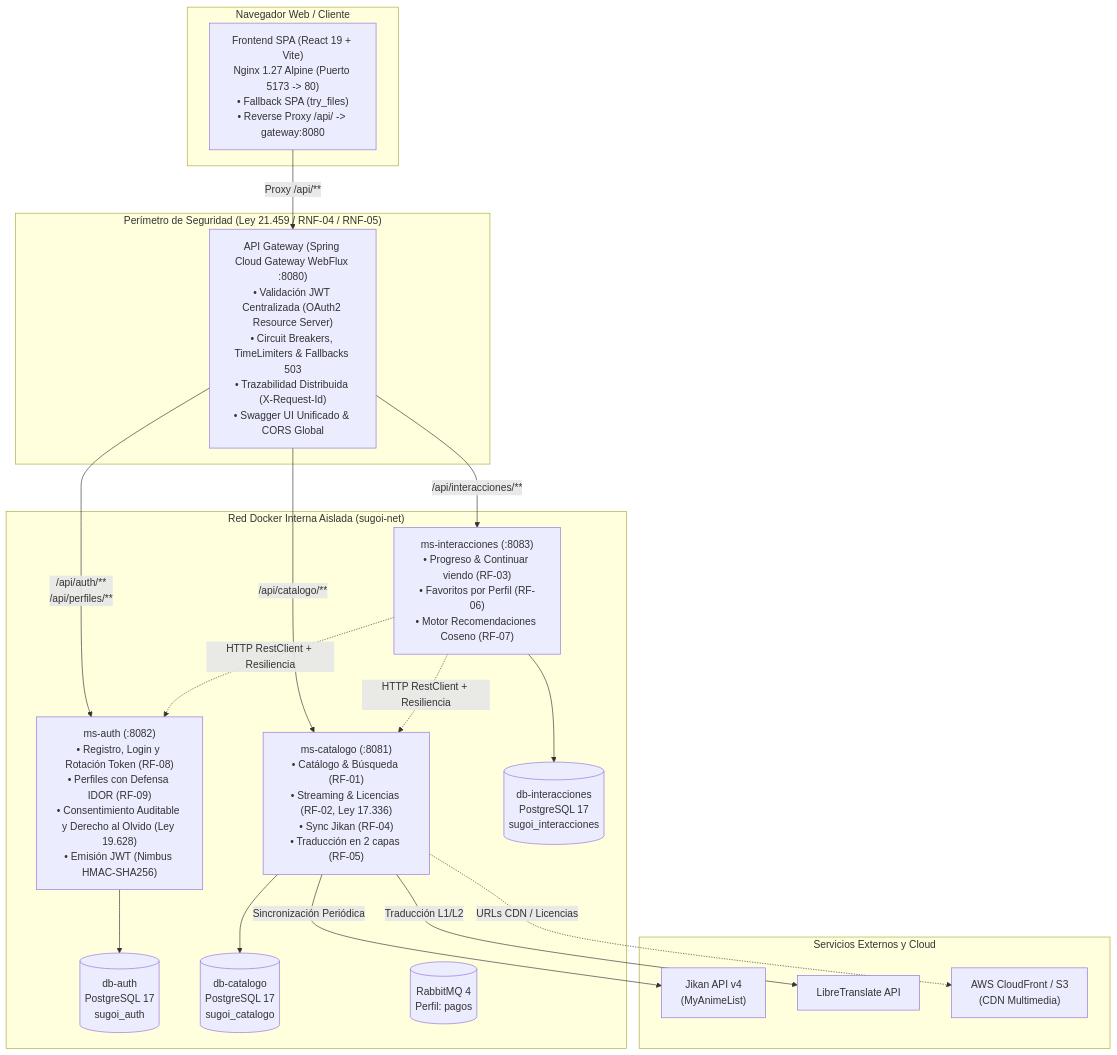
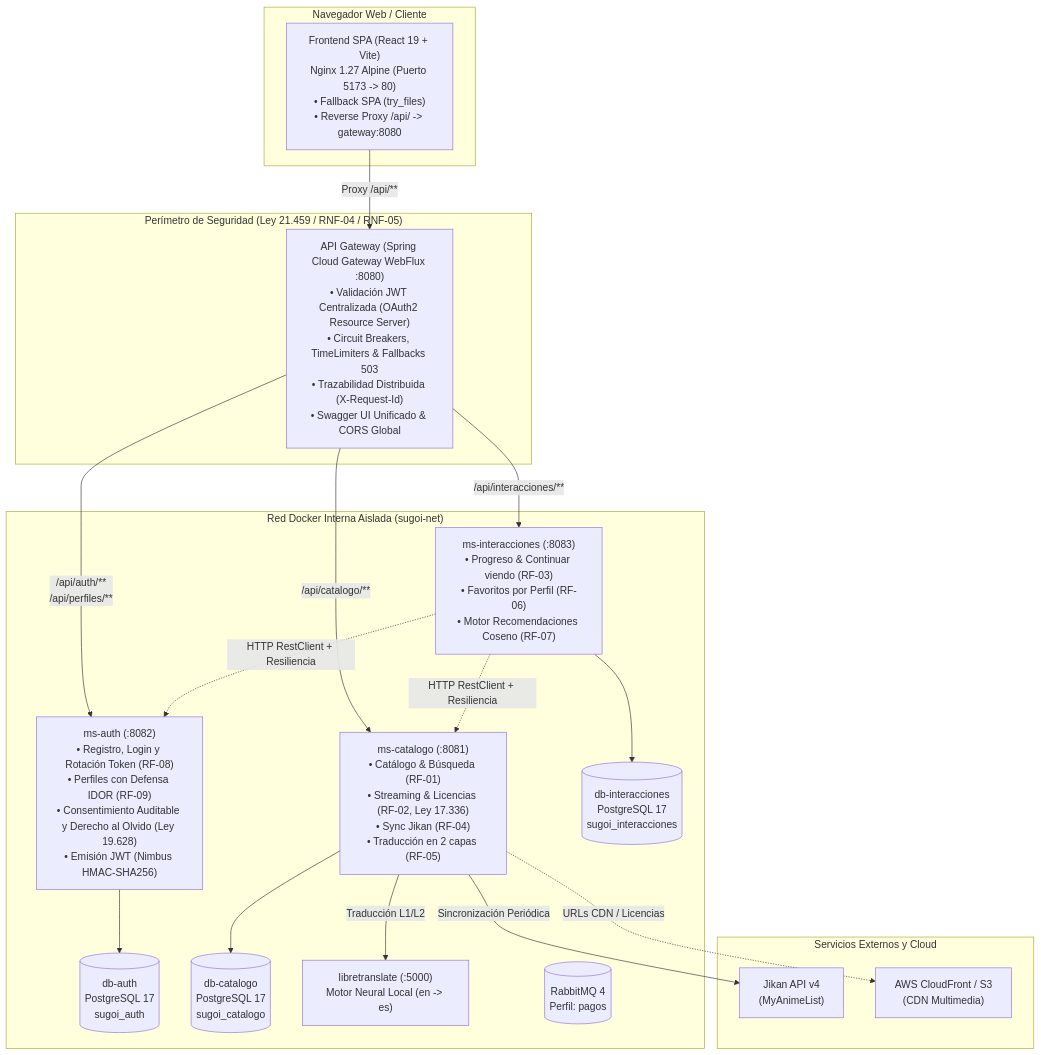
Before and after one commit to Marcoherna/sugoi-anime: the diagram in README.md, drawn with Mermaid. The commit also changed other lines of this file and 5 other files, not shown here.

````diff
--- a/README.md
+++ b/README.md
@@ -49,43 +49,43 @@
 ```mermaid
 flowchart TB
     subgraph Cliente["Navegador Web / Cliente"]
         UI["Frontend SPA (React 19 + Vite)<br>Nginx 1.27 Alpine (Puerto 5173 -> 80)<br>• Fallback SPA (try_files)<br>• Reverse Proxy /api/ -> gateway:8080"]
     end
 
     subgraph Perimetro["Perímetro de Seguridad (Ley 21.459 / RNF-04 / RNF-05)"]
         GW["API Gateway (Spring Cloud Gateway WebFlux :8080)<br>• Validación JWT Centralizada (OAuth2 Resource Server)<br>• Circuit Breakers, TimeLimiters & Fallbacks 503<br>• Trazabilidad Distribuida (X-Request-Id)<br>• Swagger UI Unificado & CORS Global"]
     end
 
     subgraph RedInterna["Red Docker Interna Aislada (sugoi-net)"]
         MS_AUTH["ms-auth (:8082)<br>• Registro, Login y Rotación Token (RF-08)<br>• Perfiles con Defensa IDOR (RF-09)<br>• Consentimiento Auditable y Derecho al Olvido (Ley 19.628)<br>• Emisión JWT (Nimbus HMAC-SHA256)"]
         MS_CAT["ms-catalogo (:8081)<br>• Catálogo & Búsqueda (RF-01)<br>• Streaming & Licencias (RF-02, Ley 17.336)<br>• Sync Jikan (RF-04)<br>• Traducción en 2 capas (RF-05)"]
         MS_INT["ms-interacciones (:8083)<br>• Progreso & Continuar viendo (RF-03)<br>• Favoritos por Perfil (RF-06)<br>• Motor Recomendaciones Coseno (RF-07)"]
 
         DB_AUTH[("db-auth<br>PostgreSQL 17<br>sugoi_auth")]
         DB_CAT[("db-catalogo<br>PostgreSQL 17<br>sugoi_catalogo")]
         DB_INT[("db-interacciones<br>PostgreSQL 17<br>sugoi_interacciones")]
+        TRANS["libretranslate (:5000)<br>Motor Neural Local (en -> es)"]
         RABBIT[("RabbitMQ 4<br>Perfil: pagos")]
     end
 
     subgraph Externos["Servicios Externos y Cloud"]
         JIKAN["Jikan API v4<br>(MyAnimeList)"]
-        TRANS["LibreTranslate API"]
         CLOUDFRONT["AWS CloudFront / S3<br>(CDN Multimedia)"]
     end
 
     UI -->|Proxy /api/**| GW
     GW -->|/api/auth/**<br>/api/perfiles/**| MS_AUTH
     GW -->|/api/catalogo/**| MS_CAT
     GW -->|/api/interacciones/**| MS_INT
 
     MS_AUTH --> DB_AUTH
     MS_CAT --> DB_CAT
     MS_INT --> DB_INT
 
     MS_INT -.->|HTTP RestClient + Resiliencia| MS_CAT
     MS_INT -.->|HTTP RestClient + Resiliencia| MS_AUTH
 
     MS_CAT -->|Sincronización Periódica| JIKAN
     MS_CAT -->|Traducción L1/L2| TRANS
     MS_CAT -.->|URLs CDN / Licencias| CLOUDFRONT
 ```
````
